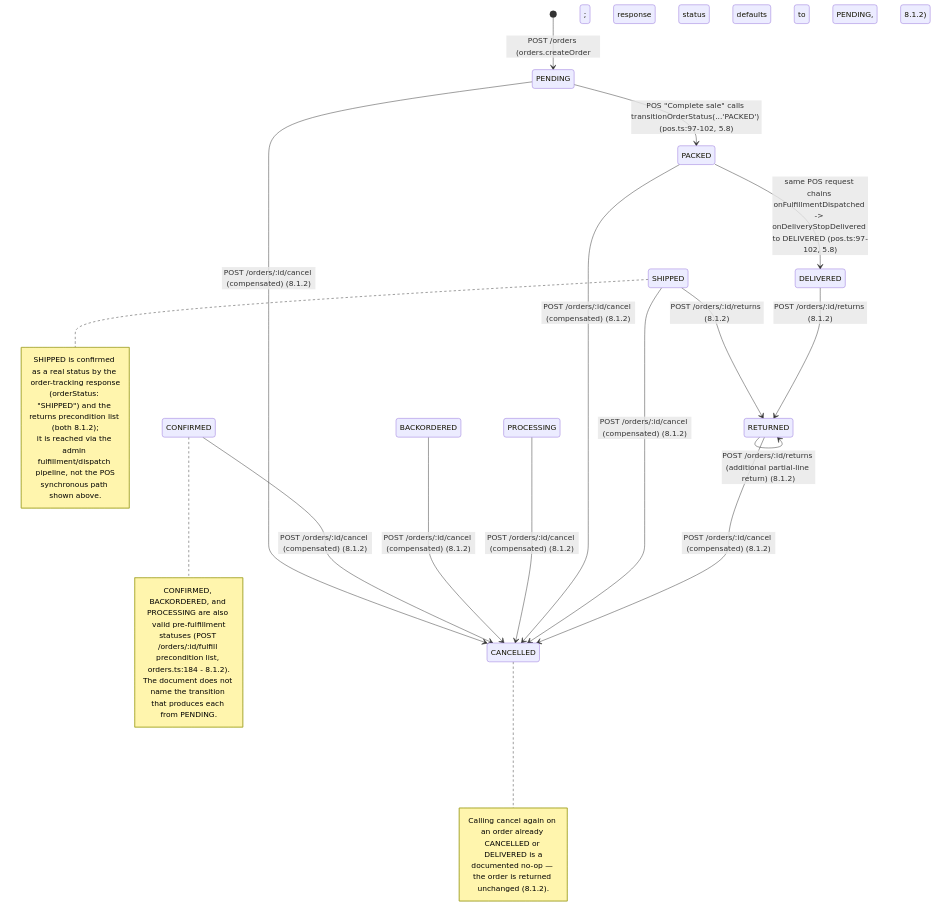
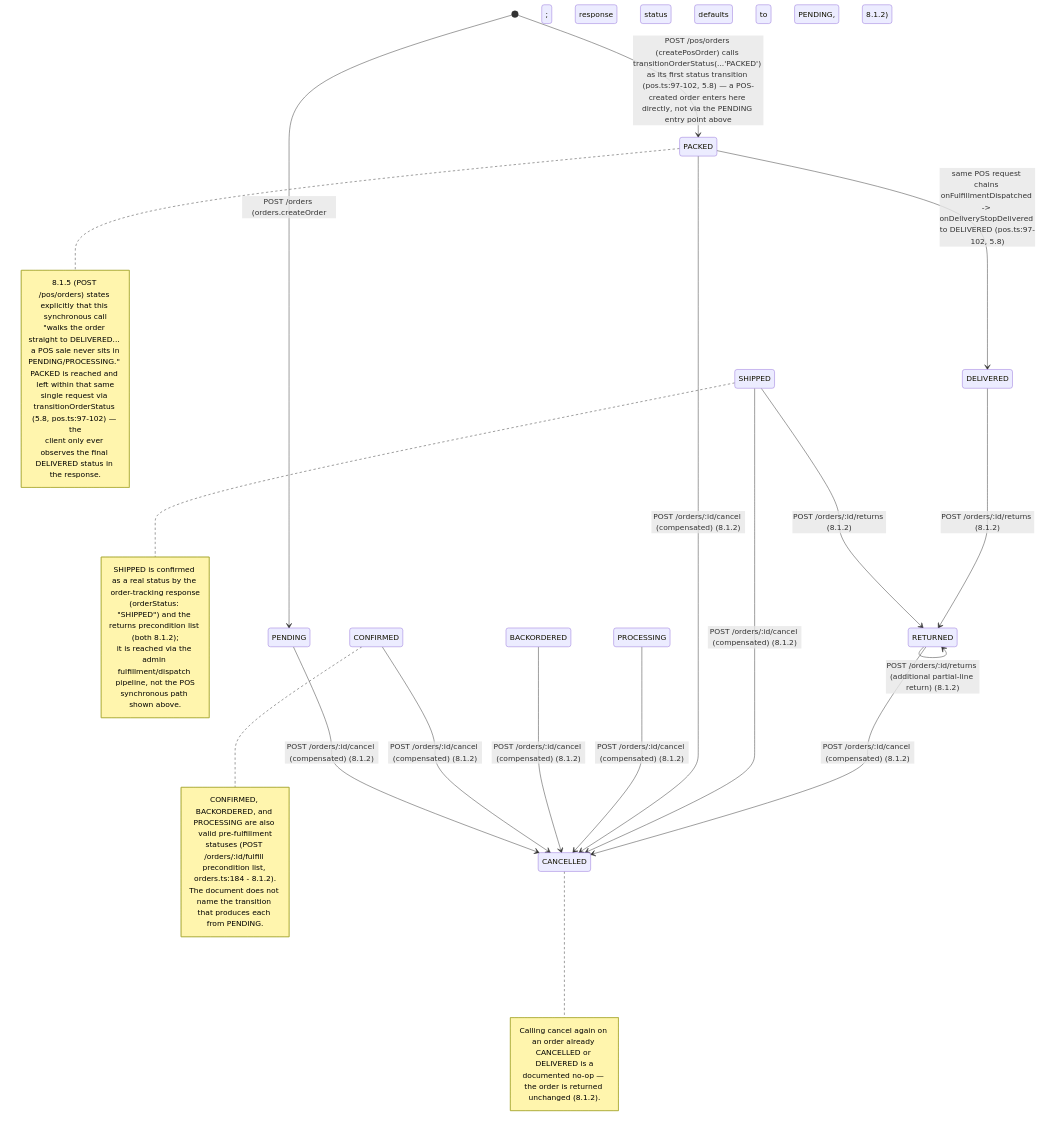
The seventh of 10 diagrams in docs/TESTING_FLOW.md (nitinbollam/Cosmos), drawn with Mermaid before and after one commit. The commit also changed other lines of this file, not shown here.

Commit message:
docs: fix POS order-status contradiction and funnel ordering in Section 15

````diff
--- a/docs/TESTING_FLOW.md
+++ b/docs/TESTING_FLOW.md
@@ -3276,32 +3276,39 @@
 ```mermaid
 stateDiagram-v2
     [*] --> PENDING : POST /orders (orders.createOrder; response status defaults to PENDING, 8.1.2)
-    PENDING --> PACKED : POS "Complete sale" calls transitionOrderStatus(...'PACKED') (pos.ts:97-102, 5.8)
+    [*] --> PACKED : POST /pos/orders (createPosOrder) calls transitionOrderStatus(...'PACKED') as its first status transition (pos.ts:97-102, 5.8) — a POS-created order enters here directly, not via the PENDING entry point above
     PACKED --> DELIVERED : same POS request chains onFulfillmentDispatched -> onDeliveryStopDelivered to DELIVERED (pos.ts:97-102, 5.8)
     PENDING --> CANCELLED : POST /orders/:id/cancel (compensated) (8.1.2)
     CONFIRMED --> CANCELLED : POST /orders/:id/cancel (compensated) (8.1.2)
     BACKORDERED --> CANCELLED : POST /orders/:id/cancel (compensated) (8.1.2)
     PROCESSING --> CANCELLED : POST /orders/:id/cancel (compensated) (8.1.2)
     PACKED --> CANCELLED : POST /orders/:id/cancel (compensated) (8.1.2)
     SHIPPED --> CANCELLED : POST /orders/:id/cancel (compensated) (8.1.2)
     RETURNED --> CANCELLED : POST /orders/:id/cancel (compensated) (8.1.2)
     SHIPPED --> RETURNED : POST /orders/:id/returns (8.1.2)
     DELIVERED --> RETURNED : POST /orders/:id/returns (8.1.2)
     RETURNED --> RETURNED : POST /orders/:id/returns (additional partial-line return) (8.1.2)
 
     note right of CONFIRMED
         CONFIRMED, BACKORDERED, and PROCESSING are also valid pre-fulfillment
         statuses (POST /orders/:id/fulfill precondition list, orders.ts:184 - 8.1.2).
         The document does not name the transition that produces each from PENDING.
     end note
     note right of SHIPPED
         SHIPPED is confirmed as a real status by the order-tracking response
         (orderStatus: "SHIPPED") and the returns precondition list (both 8.1.2);
         it is reached via the admin fulfillment/dispatch pipeline, not the POS
         synchronous path shown above.
     end note
+    note right of PACKED
+        8.1.5 (POST /pos/orders) states explicitly that this synchronous call
+        "walks the order straight to DELIVERED... a POS sale never sits in
+        PENDING/PROCESSING." PACKED is reached and left within that same
+        single request via transitionOrderStatus (5.8, pos.ts:97-102) — the
+        client only ever observes the final DELIVERED status in the response.
+    end note
     note right of CANCELLED
         Calling cancel again on an order already CANCELLED or DELIVERED is a
         documented no-op — the order is returned unchanged (8.1.2).
     end note
 ```
````
